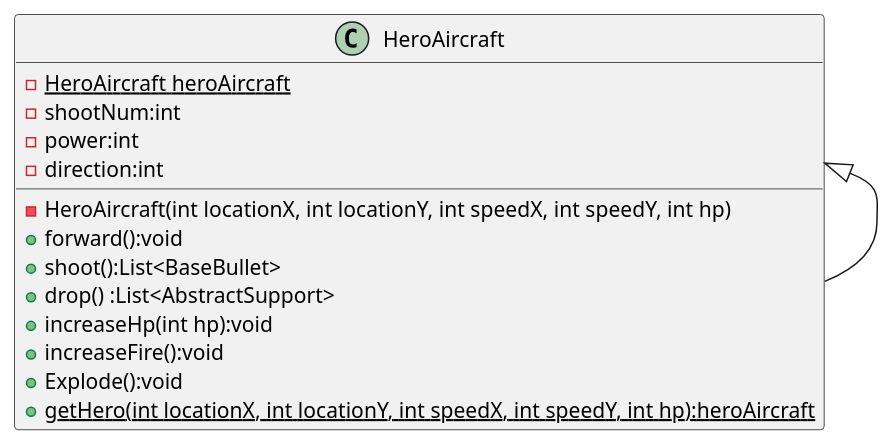
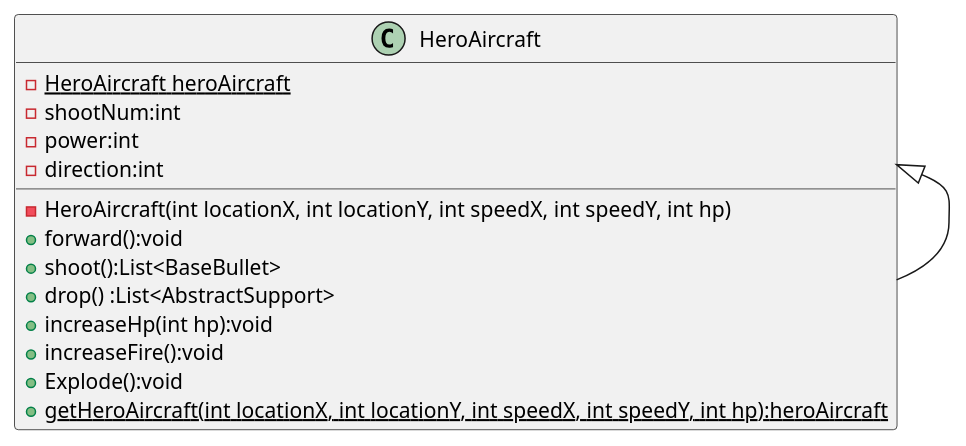
One commit to hazuki-nana/COMP2027 changed the diagram in uml/SimpleExample.puml. Above: the diagram before and after it, drawn with PlantUML.

Commit message:
第二次实验v2

```diff
--- a/uml/SimpleExample.puml
+++ b/uml/SimpleExample.puml
@@ -1,18 +1,18 @@
 @startuml
 class HeroAircraft {
     - {static}HeroAircraft heroAircraft
     - shootNum:int
     - power:int
     - direction:int
     - HeroAircraft(int locationX, int locationY, int speedX, int speedY, int hp)
     + forward():void
     + shoot():List<BaseBullet>
     + drop() :List<AbstractSupport>
     + increaseHp(int hp):void
     + increaseFire():void
     + Explode():void
-    + {static}getHero(int locationX, int locationY, int speedX, int speedY, int hp):heroAircraft
+    + {static}getHeroAircraft(int locationX, int locationY, int speedX, int speedY, int hp):heroAircraft
 }
 HeroAircraft <|-- HeroAircraft
 
 @enduml
```
